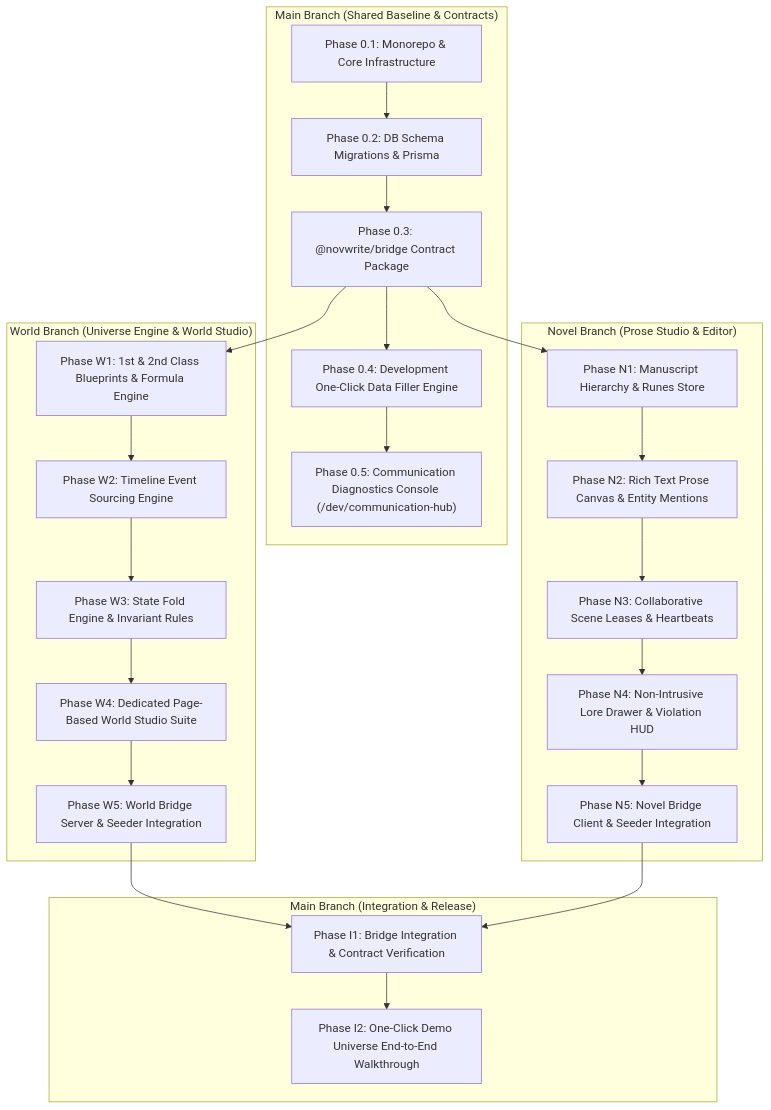
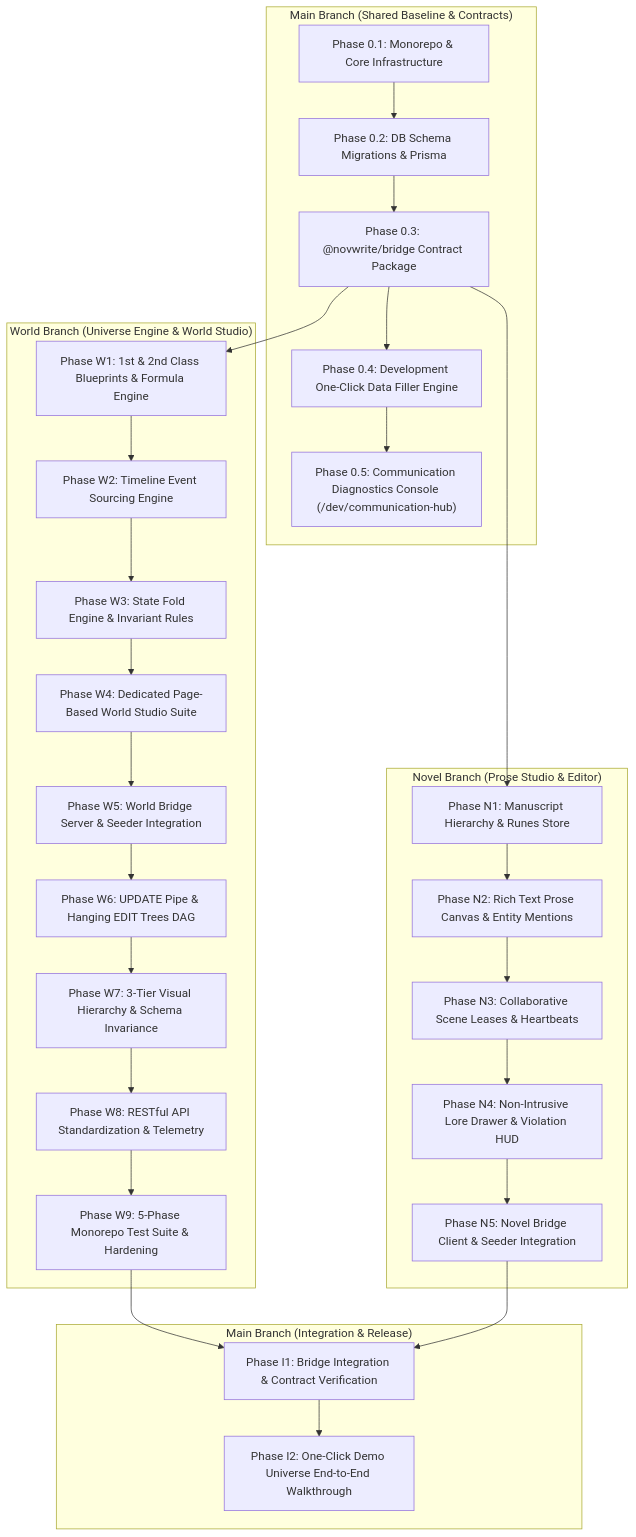
The diagram in docs/MVP_PHASED_PLAN.md (Yogesh-Kumar-Mallik-dev/NovWrite), drawn with Mermaid before and after one commit. The commit also changed other lines of this file and 13 other files, not shown here.

Commit message:
docs(core): comprehensive documentation overhaul across architecture specs, API guides, and frontend standards

````diff
--- a/docs/MVP_PHASED_PLAN.md
+++ b/docs/MVP_PHASED_PLAN.md
@@ -7,38 +7,42 @@
 ```mermaid
 flowchart TB
     subgraph Foundation ["Main Branch (Shared Baseline & Contracts)"]
         F1["Phase 0.1: Monorepo & Core Infrastructure"]
         F2["Phase 0.2: DB Schema Migrations & Prisma"]
         F3["Phase 0.3: @novwrite/bridge Contract Package"]
         F4["Phase 0.4: Development One-Click Data Filler Engine"]
         F5["Phase 0.5: Communication Diagnostics Console (/dev/communication-hub)"]
     end
 
     subgraph WorldBranch ["World Branch (Universe Engine & World Studio)"]
         W1["Phase W1: 1st & 2nd Class Blueprints & Formula Engine"]
         W2["Phase W2: Timeline Event Sourcing Engine"]
         W3["Phase W3: State Fold Engine & Invariant Rules"]
         W4["Phase W4: Dedicated Page-Based World Studio Suite"]
         W5["Phase W5: World Bridge Server & Seeder Integration"]
+        W6["Phase W6: UPDATE Pipe & Hanging EDIT Trees DAG"]
+        W7["Phase W7: 3-Tier Visual Hierarchy & Schema Invariance"]
+        W8["Phase W8: RESTful API Standardization & Telemetry"]
+        W9["Phase W9: 5-Phase Monorepo Test Suite & Hardening"]
     end
 
     subgraph NovelBranch ["Novel Branch (Prose Studio & Editor)"]
         N1["Phase N1: Manuscript Hierarchy & Runes Store"]
         N2["Phase N2: Rich Text Prose Canvas & Entity Mentions"]
         N3["Phase N3: Collaborative Scene Leases & Heartbeats"]
         N4["Phase N4: Non-Intrusive Lore Drawer & Violation HUD"]
         N5["Phase N5: Novel Bridge Client & Seeder Integration"]
     end
 
     subgraph Integration ["Main Branch (Integration & Release)"]
         I1["Phase I1: Bridge Integration & Contract Verification"]
         I2["Phase I2: One-Click Demo Universe End-to-End Walkthrough"]
     end
 
     F1 --> F2 --> F3 --> F4 --> F5
-    F3 --> W1 --> W2 --> W3 --> W4 --> W5
+    F3 --> W1 --> W2 --> W3 --> W4 --> W5 --> W6 --> W7 --> W8 --> W9
     F3 --> N1 --> N2 --> N3 --> N4 --> N5
-    W5 --> I1
+    W9 --> I1
     N5 --> I1
     I1 --> I2
 ```
````
